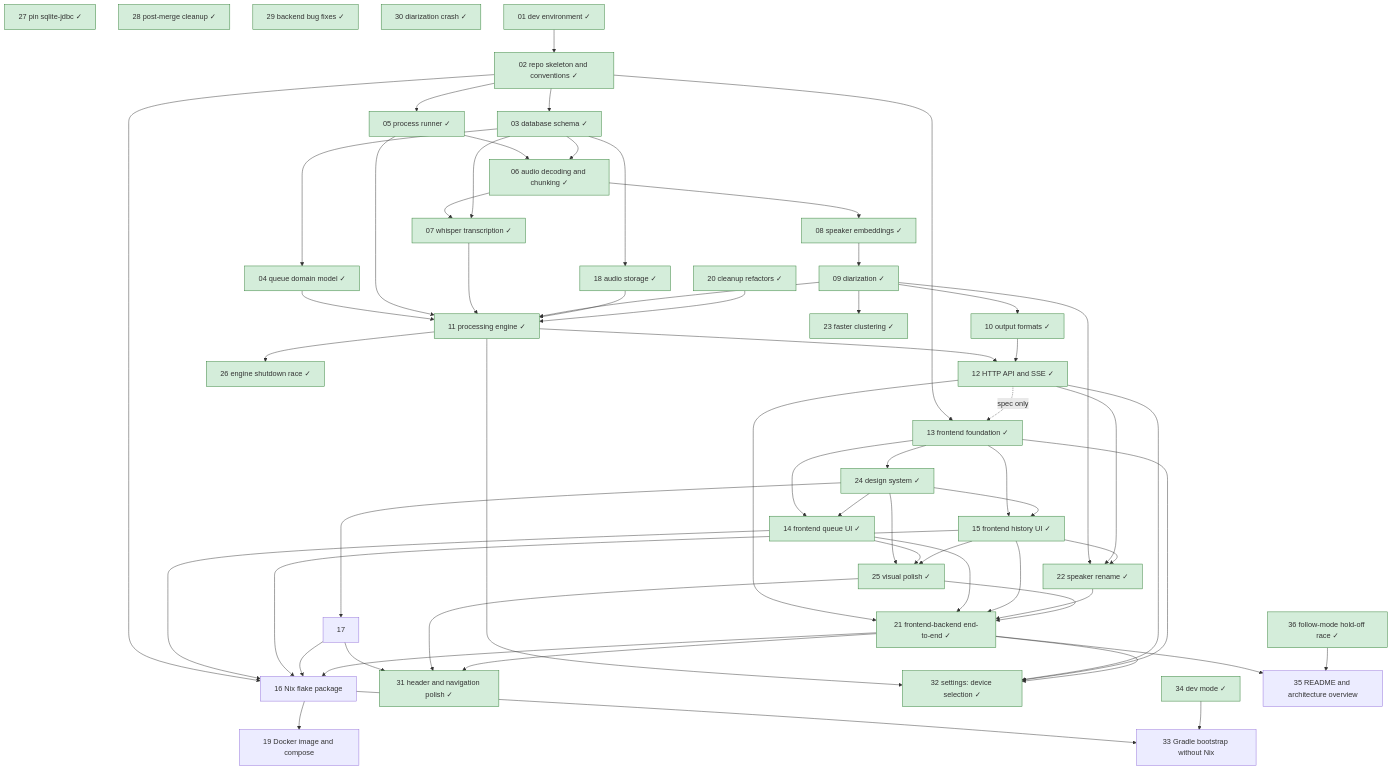
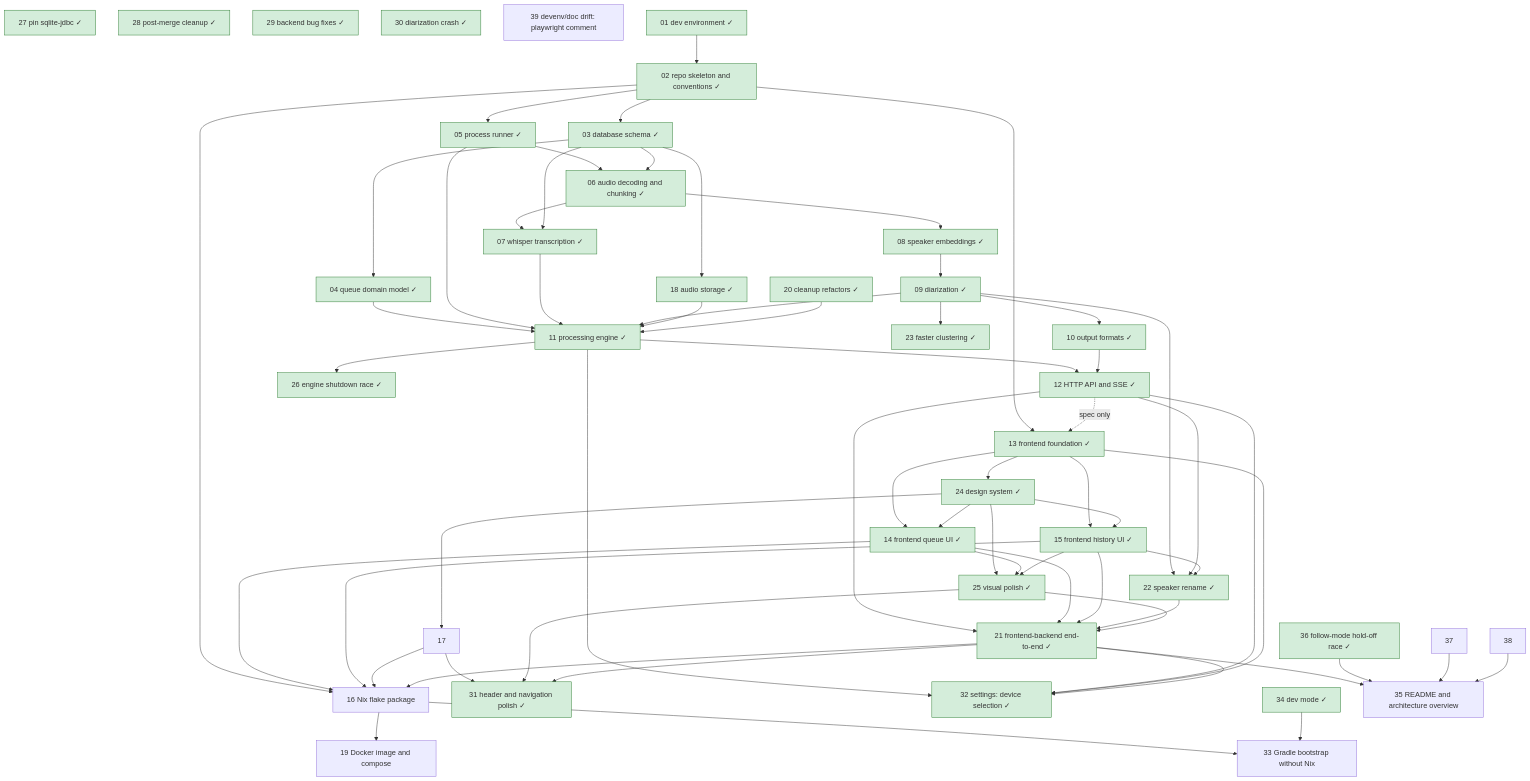
Before and after one commit to lulu-berlin/speech-to-text-app: the diagram in roadmap/README.md, drawn with Mermaid. The commit also changed other lines of this file and 3 other files, not shown here.

Commit message:
File items 37 (audio 500), 38 (playback stall), 39 (playwright comment drift) from the item-36 findings

````diff
--- a/roadmap/README.md
+++ b/roadmap/README.md
@@ -17,68 +17,71 @@
 ```mermaid
 graph TD
   01[01 dev environment ✓]:::done --> 02[02 repo skeleton and conventions ✓]:::done
   02 --> 03[03 database schema ✓]:::done
   03 --> 04[04 queue domain model ✓]:::done
   02 --> 05[05 process runner ✓]:::done
   05 --> 06[06 audio decoding and chunking ✓]:::done
   03 --> 06
   06 --> 07[07 whisper transcription ✓]:::done
   03 --> 07
   06 --> 08[08 speaker embeddings ✓]:::done
   08 --> 09[09 diarization ✓]:::done
   09 --> 10[10 output formats ✓]:::done
   04 --> 11[11 processing engine ✓]:::done
   05 --> 11
   07 --> 11
   09 --> 11
   03 --> 18[18 audio storage ✓]:::done
   18 --> 11
   20 --> 11
   11 --> 12[12 HTTP API and SSE ✓]:::done
   10 --> 12
   02 --> 13[13 frontend foundation ✓]:::done
   12 -. spec only .-> 13
   13 --> 14[14 frontend queue UI ✓]:::done
   13 --> 15[15 frontend history UI ✓]:::done
   02 --> 16[16 Nix flake package]
   14 --> 16
   15 --> 16
   17 --> 16
   20[20 cleanup refactors ✓]:::done
   12 --> 21[21 frontend-backend end-to-end ✓]:::done
   14 --> 21
   15 --> 21
   22 --> 21
   25 --> 21
   16 --> 19[19 Docker image and compose]
   21 --> 16
   09 --> 22[22 speaker rename ✓]:::done
   12 --> 22
   15 --> 22
   09 --> 23[23 faster clustering ✓]:::done
   13 --> 24[24 design system ✓]:::done
   24 --> 14
   24 --> 15
   24 --> 17
   24 --> 25[25 visual polish ✓]:::done
   14 --> 25
   15 --> 25
   11 --> 26[26 engine shutdown race ✓]:::done
   27[27 pin sqlite-jdbc ✓]:::done
   28[28 post-merge cleanup ✓]:::done
   29[29 backend bug fixes ✓]:::done
   30[30 diarization crash ✓]:::done
   17 --> 31[31 header and navigation polish ✓]:::done
   25 --> 31
   21 --> 31
   11 --> 32[32 settings: device selection ✓]:::done
   12 --> 32
   13 --> 32
   21 --> 32
   16 --> 33[33 Gradle bootstrap without Nix]
   34 --> 33
   34[34 dev mode ✓]:::done
   21 --> 35[35 README and architecture overview]
   36[36 follow-mode hold-off race ✓]:::done --> 35[35 README and architecture overview]
+  37 --> 35[35 README and architecture overview]
+  38 --> 35[35 README and architecture overview]
+  39[39 devenv/doc drift: playwright comment]
   classDef done fill:#d4edda,stroke:#2e7d32
 ```
````
